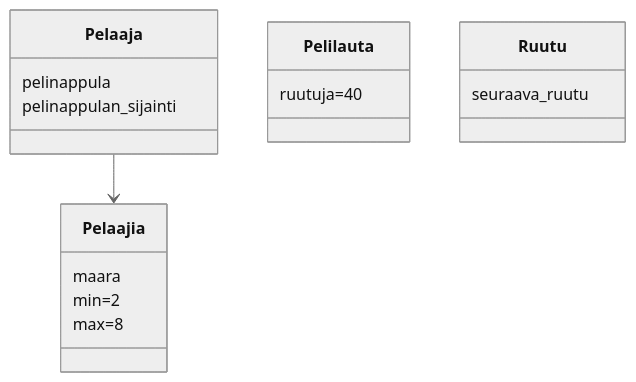
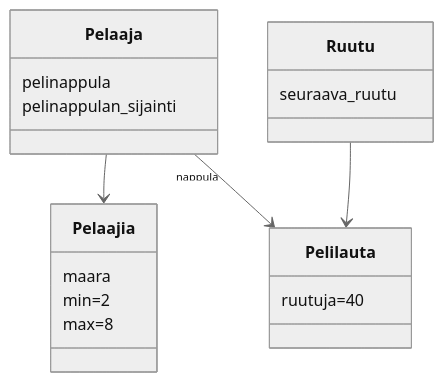
One commit to Nanotiike/ot-harjoitustyo changed the diagram in laskarit/viikko3/monopoli.md. Above: the diagram before and after it, drawn with Mermaid (neutral theme).

````diff
--- a/laskarit/viikko3/monopoli.md
+++ b/laskarit/viikko3/monopoli.md
@@ -1,19 +1,21 @@
 ```mermaid
  classDiagram
       Pelaaja --> Pelaajia
+      Ruutu --> Pelilauta
+      Pelaaja "nappula" --> Pelilauta
       class Pelaajia{
           maara
 	  min=2
 	  max=8
       }
       class Pelilauta{
           ruutuja=40
       }
       class Ruutu{
           seuraava_ruutu 
       }
       class Pelaaja{
           pelinappula
 	  pelinappulan_sijainti
       }
 ```
````
